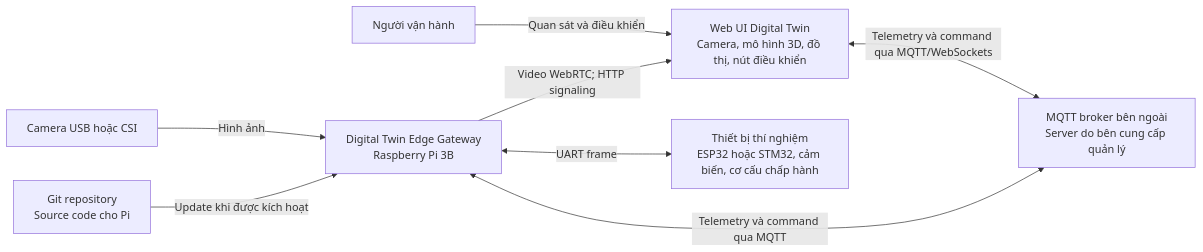
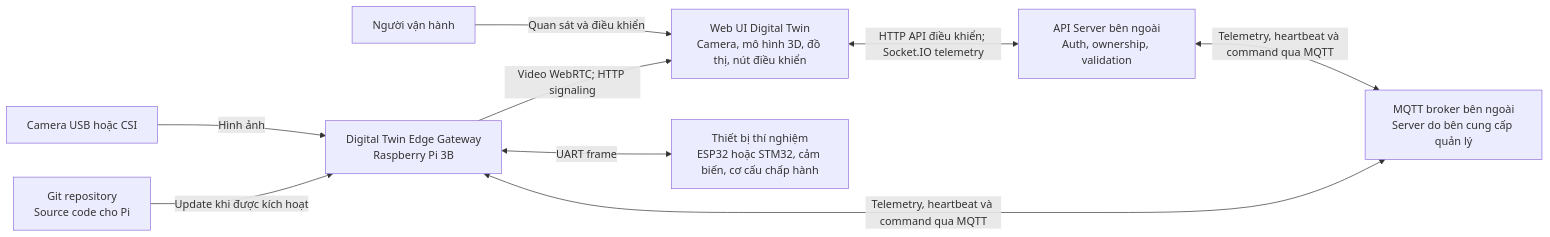
One commit to dugati201-glitch/digital_twin changed the diagram in docs/01-context.md. Above: the diagram before and after it, drawn with Mermaid. The commit also changed other lines of this file and 15 other files, not shown here.

````diff
--- a/docs/01-context.md
+++ b/docs/01-context.md
@@ -9,21 +9,24 @@
 ```mermaid
 flowchart LR
     user["Người vận hành"]
     web["Web UI Digital Twin
 Camera, mô hình 3D, đồ thị, nút điều khiển"]
+    api["API Server bên ngoài
+Auth, ownership, validation"]
     edge["Digital Twin Edge Gateway
 Raspberry Pi 3B"]
     mcu["Thiết bị thí nghiệm
 ESP32 hoặc STM32, cảm biến, cơ cấu chấp hành"]
     camera["Camera USB hoặc CSI"]
     repo["Git repository
 Source code cho Pi"]
     user -->|"Quan sát và điều khiển"| web
+    web <-->|"HTTP API điều khiển; Socket.IO telemetry"| api
     broker["MQTT broker bên ngoài<br/>Server do bên cung cấp quản lý"]
-    web <-->|"Telemetry và command qua MQTT/WebSockets"| broker
-    edge <-->|"Telemetry và command qua MQTT"| broker
+    api <-->|"Telemetry, heartbeat và command qua MQTT"| broker
+    edge <-->|"Telemetry, heartbeat và command qua MQTT"| broker
     edge -->|"Video WebRTC; HTTP signaling"| web
     edge <-->|"UART frame"| mcu
     camera -->|"Hình ảnh"| edge
     repo -->|"Update khi được kích hoạt"| edge
 ```
````
